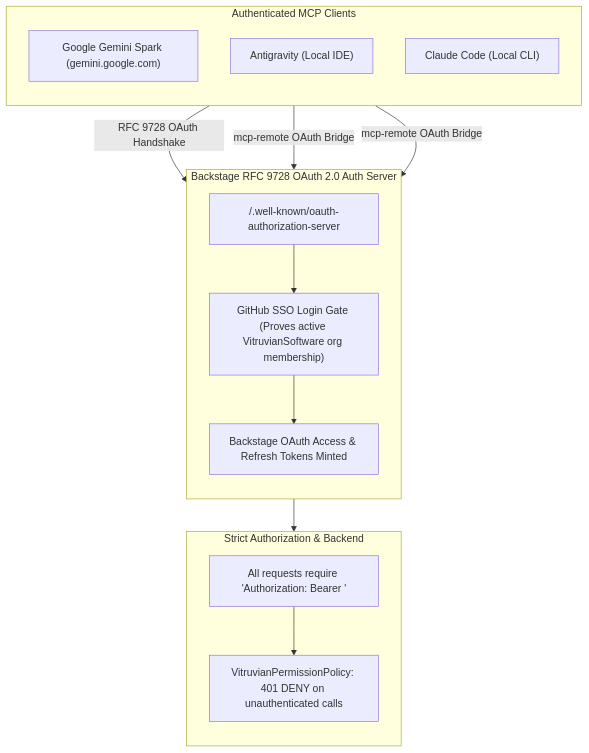
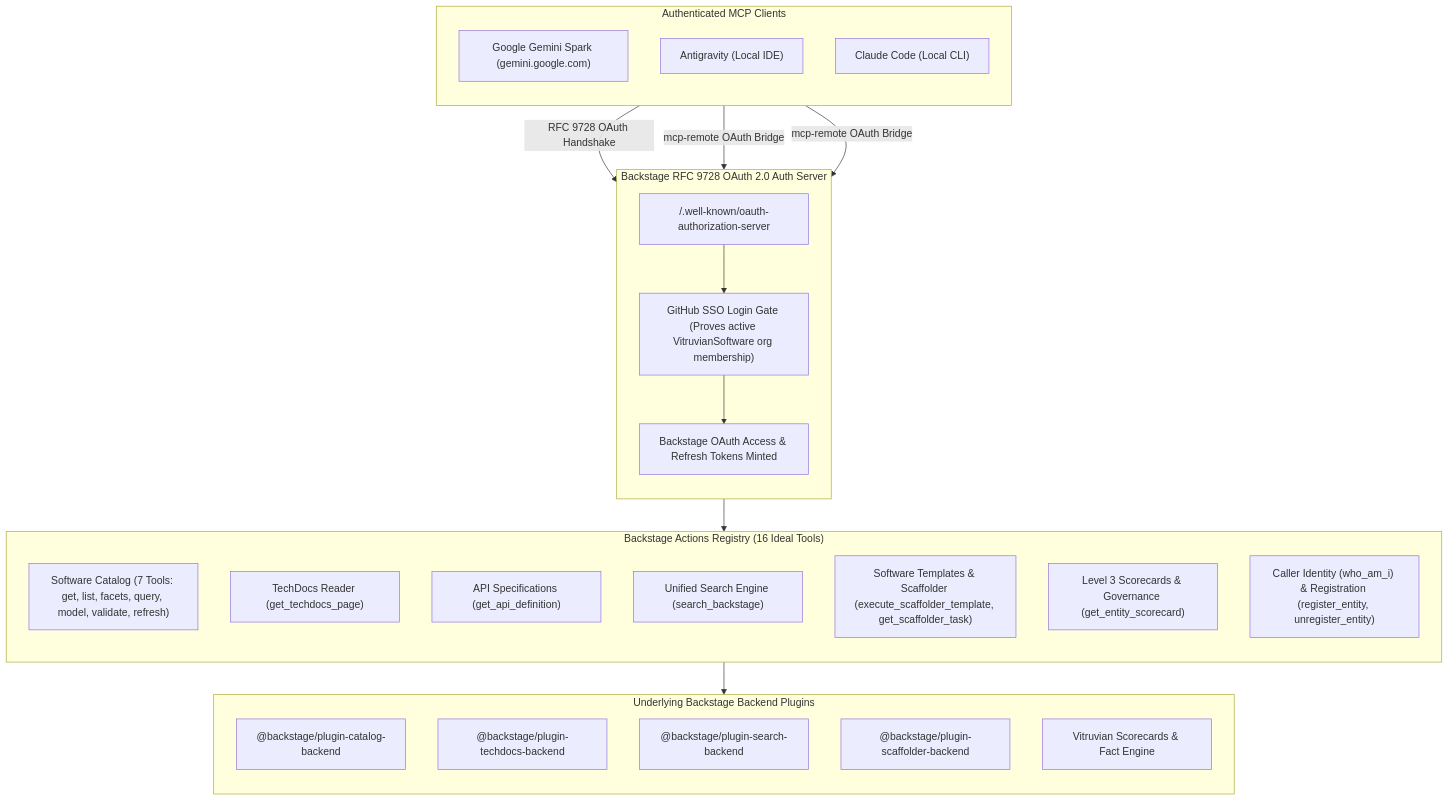
Before and after one commit to VitruvianSoftware/vitruvian-core: the diagram in docs/backstage-mcp.md, drawn with Mermaid. The commit also changed other lines of this file and 2 other files, not shown here.

First line of the commit message:
feat(backstage): implement ideal Backstage MCP server with 16 tools (#2033)

````diff
--- a/docs/backstage-mcp.md
+++ b/docs/backstage-mcp.md
@@ -11,28 +11,43 @@
 ```mermaid
 flowchart TD
     subgraph Clients ["Authenticated MCP Clients"]
         direction TB
         C1["Google Gemini Spark (gemini.google.com)"]
         C2["Antigravity (Local IDE)"]
         C3["Claude Code (Local CLI)"]
     end
 
     subgraph Auth_Layer ["Backstage RFC 9728 OAuth 2.0 Auth Server"]
         direction TB
         A1["/.well-known/oauth-authorization-server"]
         A2["GitHub SSO Login Gate (Proves active VitruvianSoftware org membership)"]
         A3["Backstage OAuth Access & Refresh Tokens Minted"]
         A1 --> A2 --> A3
     end
 
-    subgraph Security ["Strict Authorization & Backend"]
+    subgraph Actions_Registry ["Backstage Actions Registry (16 Ideal Tools)"]
         direction TB
-        S1["All requests require 'Authorization: Bearer <token>'"]
-        S2["VitruvianPermissionPolicy: 401 DENY on unauthenticated calls"]
+        T1["Software Catalog (7 Tools: get, list, facets, query, model, validate, refresh)"]
+        T2["TechDocs Reader (get_techdocs_page)"]
+        T3["API Specifications (get_api_definition)"]
+        T4["Unified Search Engine (search_backstage)"]
+        T5["Software Templates & Scaffolder (execute_scaffolder_template, get_scaffolder_task)"]
+        T6["Level 3 Scorecards & Governance (get_entity_scorecard)"]
+        T7["Caller Identity (who_am_i) & Registration (register_entity, unregister_entity)"]
+    end
+
+    subgraph Backend_Services ["Underlying Backstage Backend Plugins"]
+        direction TB
+        B1["@backstage/plugin-catalog-backend"]
+        B2["@backstage/plugin-techdocs-backend"]
+        B3["@backstage/plugin-search-backend"]
+        B4["@backstage/plugin-scaffolder-backend"]
+        B5["Vitruvian Scorecards & Fact Engine"]
     end
 
     C1 -->|RFC 9728 OAuth Handshake| Auth_Layer
     C2 -->|mcp-remote OAuth Bridge| Auth_Layer
     C3 -->|mcp-remote OAuth Bridge| Auth_Layer
-    Auth_Layer --> S1 --> S2
+    Auth_Layer --> Actions_Registry
+    Actions_Registry --> Backend_Services
 ```
````
